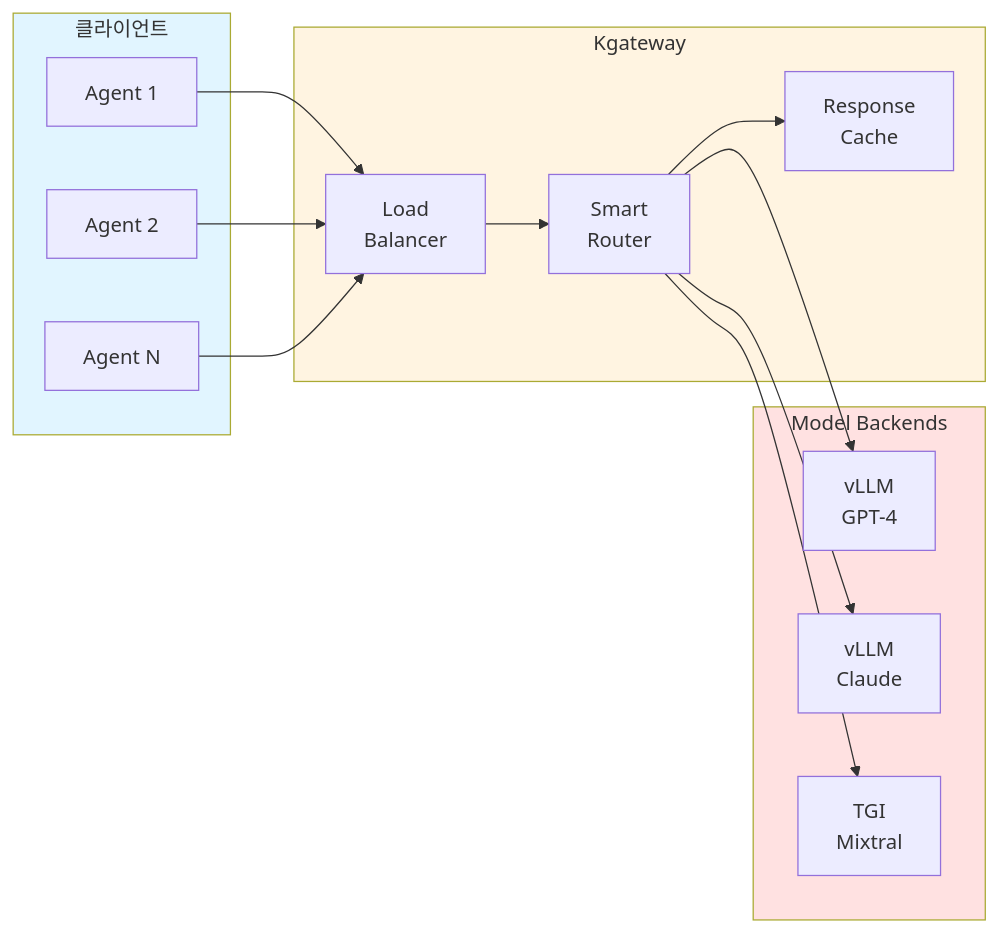
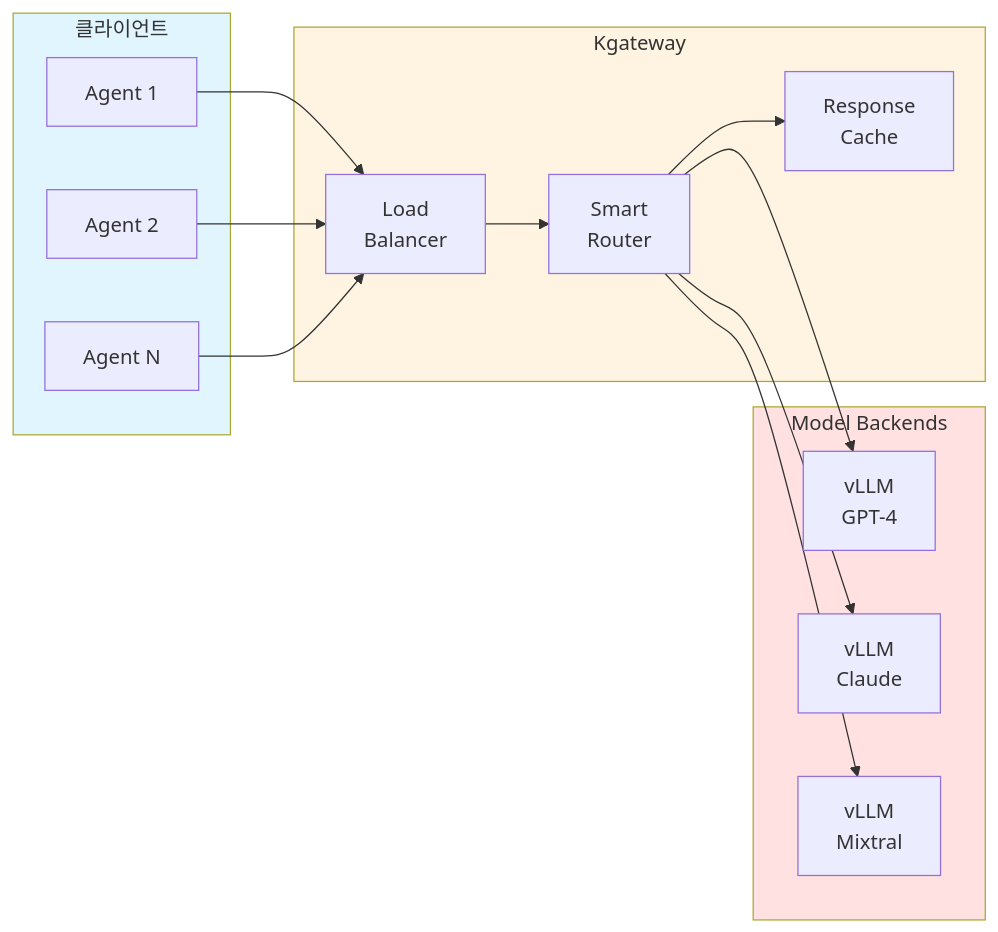
Before and after one commit to devfloor9/engineering-playbook: the fifth of 10 diagrams in docs/agentic-ai-platform/design-architecture/agentic-platform-architecture.md, drawn with Mermaid. The commit also changed other lines of this file and 21 other files, not shown here.

````diff
--- a/docs/agentic-ai-platform/design-architecture/agentic-platform-architecture.md
+++ b/docs/agentic-ai-platform/design-architecture/agentic-platform-architecture.md
@@ -362,33 +362,33 @@
 ```mermaid
 flowchart LR
     subgraph Clients["클라이언트"]
         C1["Agent 1"]
         C2["Agent 2"]
         C3["Agent N"]
     end
 
     subgraph Gateway["Kgateway"]
         LB["Load<br/>Balancer"]
         ROUTER["Smart<br/>Router"]
         CACHE["Response<br/>Cache"]
     end
 
     subgraph Models["Model Backends"]
         M1["vLLM<br/>GPT-4"]
         M2["vLLM<br/>Claude"]
-        M3["TGI<br/>Mixtral"]
+        M3["vLLM<br/>Mixtral"]
     end
 
     C1 --> LB
     C2 --> LB
     C3 --> LB
     LB --> ROUTER
     ROUTER --> CACHE
     ROUTER --> M1
     ROUTER --> M2
     ROUTER --> M3
 
     style Clients fill:#e1f5ff
     style Gateway fill:#fff4e1
     style Models fill:#ffe1e1
 ```
````
